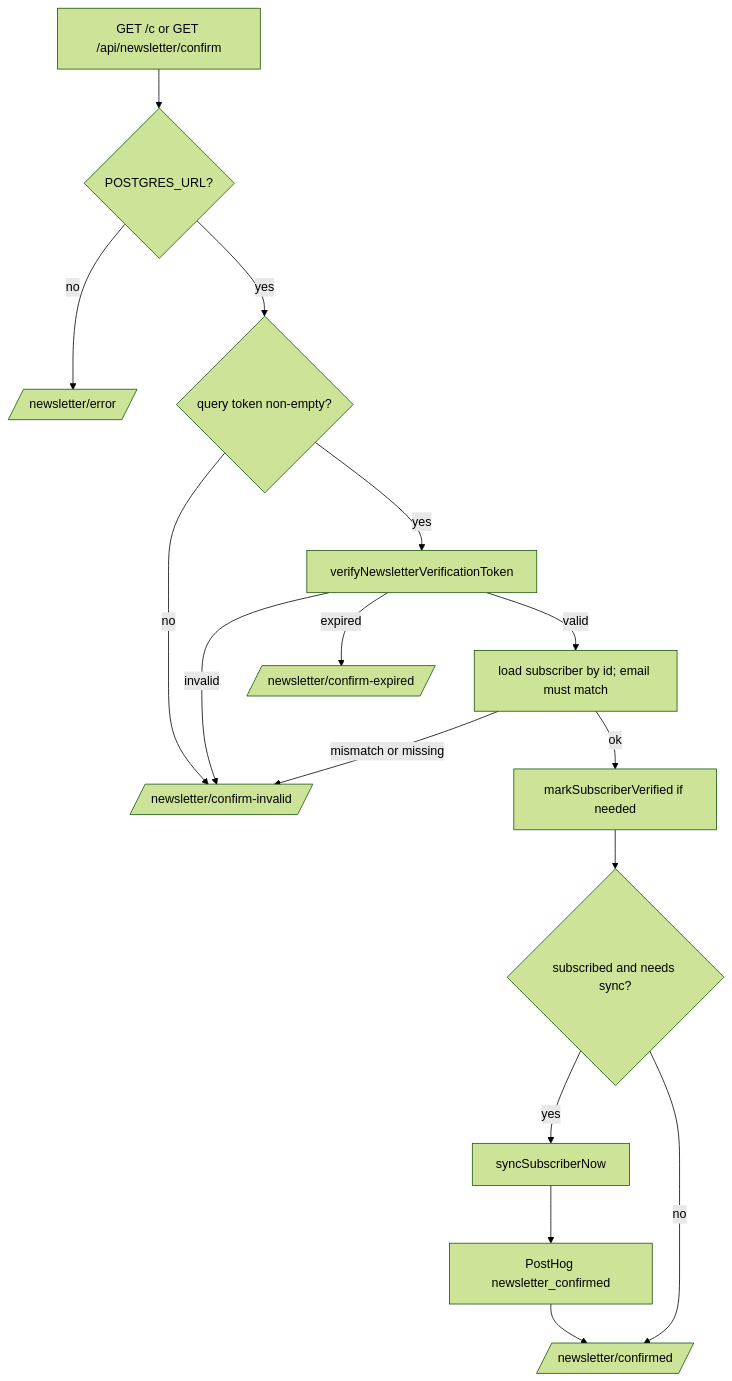
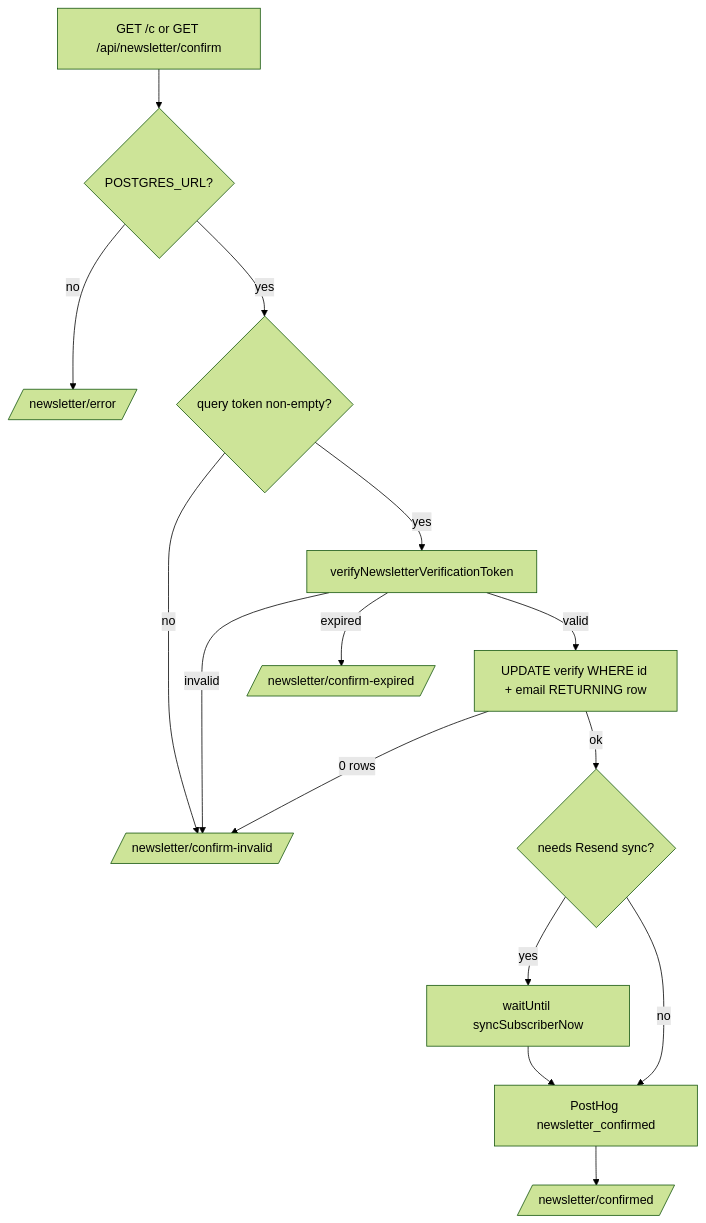
The second of 3 diagrams in obsidian-docs/07-Newsletter-subscriber-flows.md (dmytro-afonin/labdm-blog), drawn with Mermaid (forest theme) before and after one commit. The commit also changed other lines of this file and 97 other files, not shown here.

Commit message:
optimize subscribe flow & docs

````diff
--- a/obsidian-docs/07-Newsletter-subscriber-flows.md
+++ b/obsidian-docs/07-Newsletter-subscriber-flows.md
@@ -104,18 +109,17 @@
 ```mermaid
 flowchart TD
   A[GET /c or GET /api/newsletter/confirm] --> B{POSTGRES_URL?}
   B -->|no| E[/newsletter/error/]
   B -->|yes| T{query token non-empty?}
   T -->|no| I1[/newsletter/confirm-invalid/]
   T -->|yes| V[verifyNewsletterVerificationToken]
   V -->|invalid| I1
   V -->|expired| X[/newsletter/confirm-expired/]
-  V -->|valid| L[load subscriber by id; email must match]
-  L -->|mismatch or missing| I1
-  L -->|ok| M[markSubscriberVerified if needed]
-  M --> S{subscribed and needs sync?}
-  S -->|yes| R[syncSubscriberNow]
-  S -->|no| OK
-  R --> PH[PostHog newsletter_confirmed]
+  V -->|valid| U["UPDATE verify WHERE id + email RETURNING row"]
+  U -->|0 rows| I1
+  U -->|ok| W{needs Resend sync?}
+  W -->|yes| BG["waitUntil syncSubscriberNow"]
+  W -->|no| PH
+  BG --> PH[PostHog newsletter_confirmed]
   PH --> OK[/newsletter/confirmed/]
 ```
````
